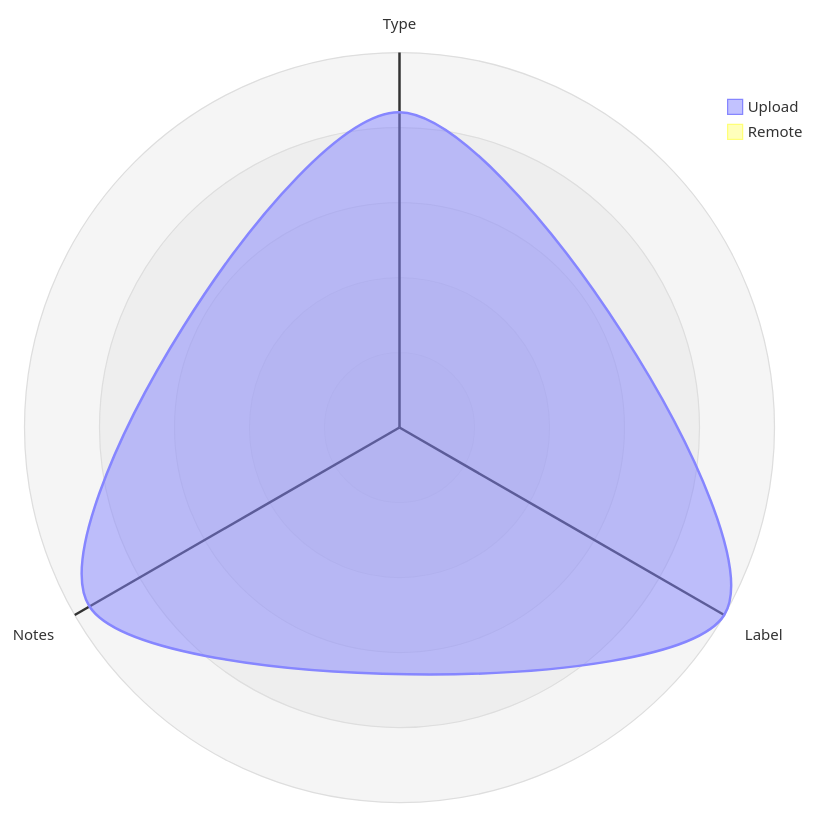
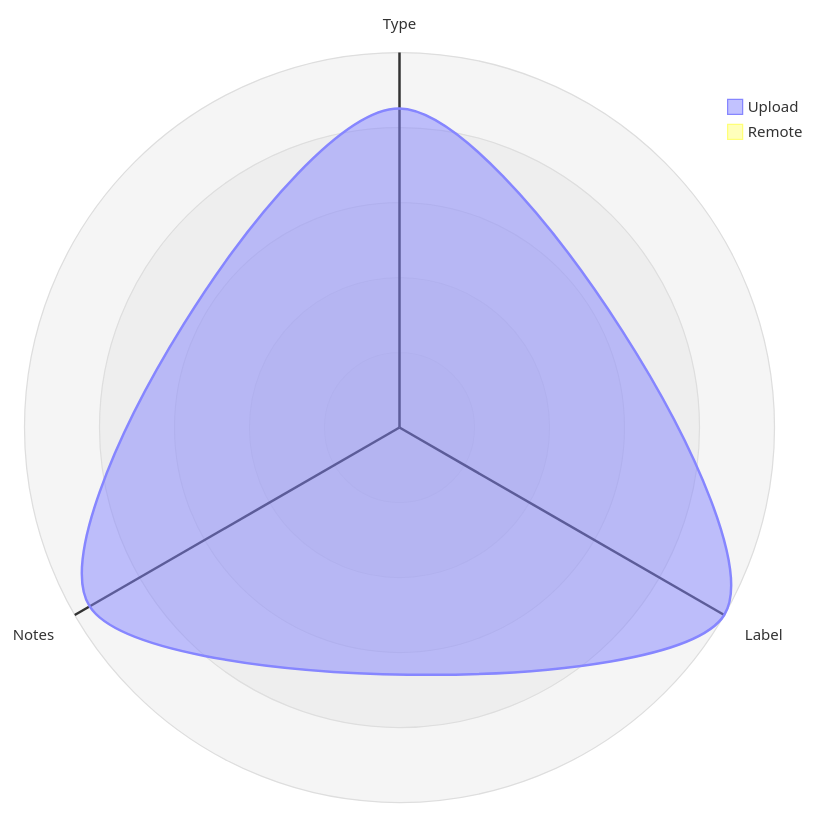
One commit to open-data/analytics-corporate-reporting changed the third of 5 diagrams in datastore_tracker/README.md. Above: the diagram before and after it, drawn with Mermaid. The commit also changed 9 other files, not shown here.

````diff
--- a/datastore_tracker/README.md
+++ b/datastore_tracker/README.md
@@ -106,12 +106,12 @@
 ```mermaid
 radar-beta
   axis T["Type"], L["Label"], N["Notes"]
-  curve u["Upload"]{0.00074, 0.00088, 0.00084}
+  curve u["Upload"]{0.00074, 0.00087, 0.00083}
   curve r["Remote"]{0, 0, 0}
 
   showLegend true
 
   min 0
   graticule circle
   ticks 5
 ```
````
